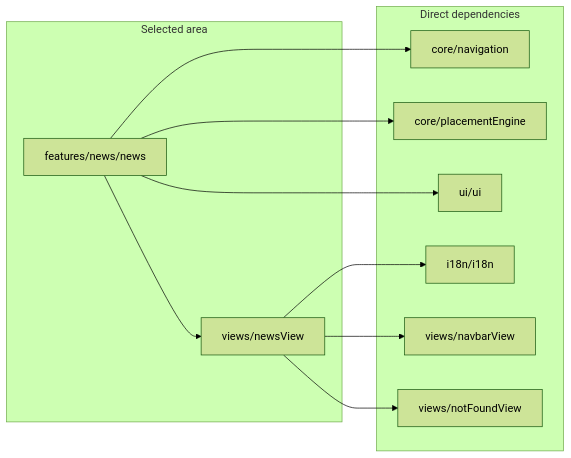
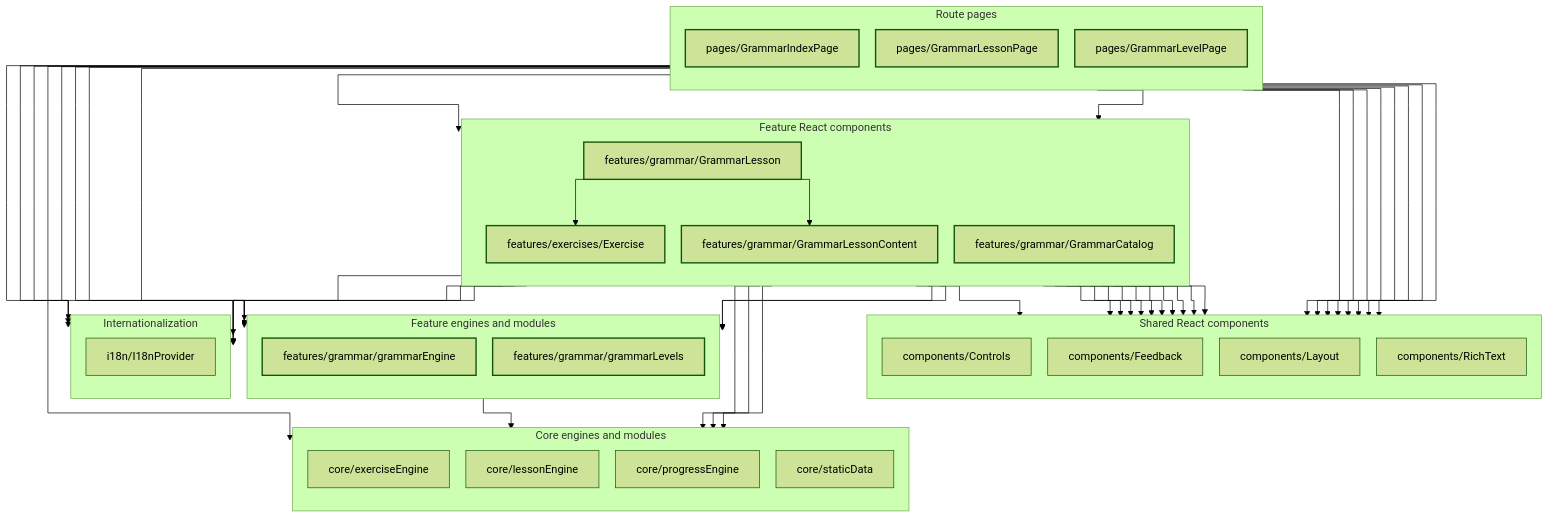
One commit to temsahak-rgb/Dino-5monde changed the fourth of 9 diagrams in docs/dependency-graph.md. Above: the diagram before and after it, drawn with Mermaid (forest theme). The commit also changed other lines of this file and 73 other files, not shown here.

````diff
--- a/docs/dependency-graph.md
+++ b/docs/dependency-graph.md
@@ -188,22 +203,82 @@
 ```mermaid
-flowchart LR
-    subgraph S["Selected area"]
-        M0["features/news/news"]
-        M1["views/newsView"]
+%%{init: {"flowchart": {"curve": "stepAfter", "nodeSpacing": 24, "rankSpacing": 42}}}%%
+flowchart TB
+    classDef focus stroke-width:2px
+    subgraph S4["Route pages"]
+        direction TB
+        M0["pages/GrammarIndexPage"]:::focus
+        M1["pages/GrammarLessonPage"]:::focus
+        M2["pages/GrammarLevelPage"]:::focus
     end
-    subgraph D["Direct dependencies"]
-        M2["core/navigation"]
-        M3["core/placementEngine"]
-        M4["i18n/i18n"]
-        M5["ui/ui"]
-        M6["views/navbarView"]
-        M7["views/notFoundView"]
+    subgraph S5["Shared React components"]
+        direction TB
+        M3["components/Controls"]
+        M4["components/Feedback"]
+        M5["components/Layout"]
+        M6["components/RichText"]
     end
-    M0 --> M2
+    subgraph S6["Feature React components"]
+        direction TB
+        M7["features/exercises/Exercise"]:::focus
+        M8["features/grammar/GrammarCatalog"]:::focus
+        M9["features/grammar/GrammarLesson"]:::focus
+        M10["features/grammar/GrammarLessonContent"]:::focus
+    end
+    subgraph S7["Feature engines and modules"]
+        direction TB
+        M11["features/grammar/grammarEngine"]:::focus
+        M12["features/grammar/grammarLevels"]:::focus
+    end
+    subgraph S8["Core engines and modules"]
+        direction TB
+        M13["core/exerciseEngine"]
+        M14["core/lessonEngine"]
+        M15["core/progressEngine"]
+        M16["core/staticData"]
+    end
+    subgraph S9["Internationalization"]
+        direction TB
+        M17["i18n/I18nProvider"]
+    end
+    M7 --> M13
+    M7 --> M15
+    M7 --> M17
+    M7 --> M3
+    M7 --> M4
+    M7 --> M5
+    M7 --> M6
+    M8 --> M11
+    M8 --> M17
+    M8 --> M3
+    M8 --> M5
+    M11 --> M16
+    M9 --> M15
+    M9 --> M7
+    M9 --> M11
+    M9 --> M10
+    M9 --> M17
+    M9 --> M3
+    M9 --> M5
+    M10 --> M17
+    M10 --> M3
+    M10 --> M5
+    M10 --> M6
+    M0 --> M12
+    M0 --> M17
     M0 --> M3
     M0 --> M5
-    M0 --> M1
+    M1 --> M14
+    M1 --> M11
+    M1 --> M9
+    M1 --> M12
+    M1 --> M17
+    M1 --> M3
     M1 --> M4
-    M1 --> M6
-    M1 --> M7
+    M1 --> M5
+    M2 --> M8
+    M2 --> M11
+    M2 --> M17
+    M2 --> M3
+    M2 --> M4
+    M2 --> M5
 ```
````
